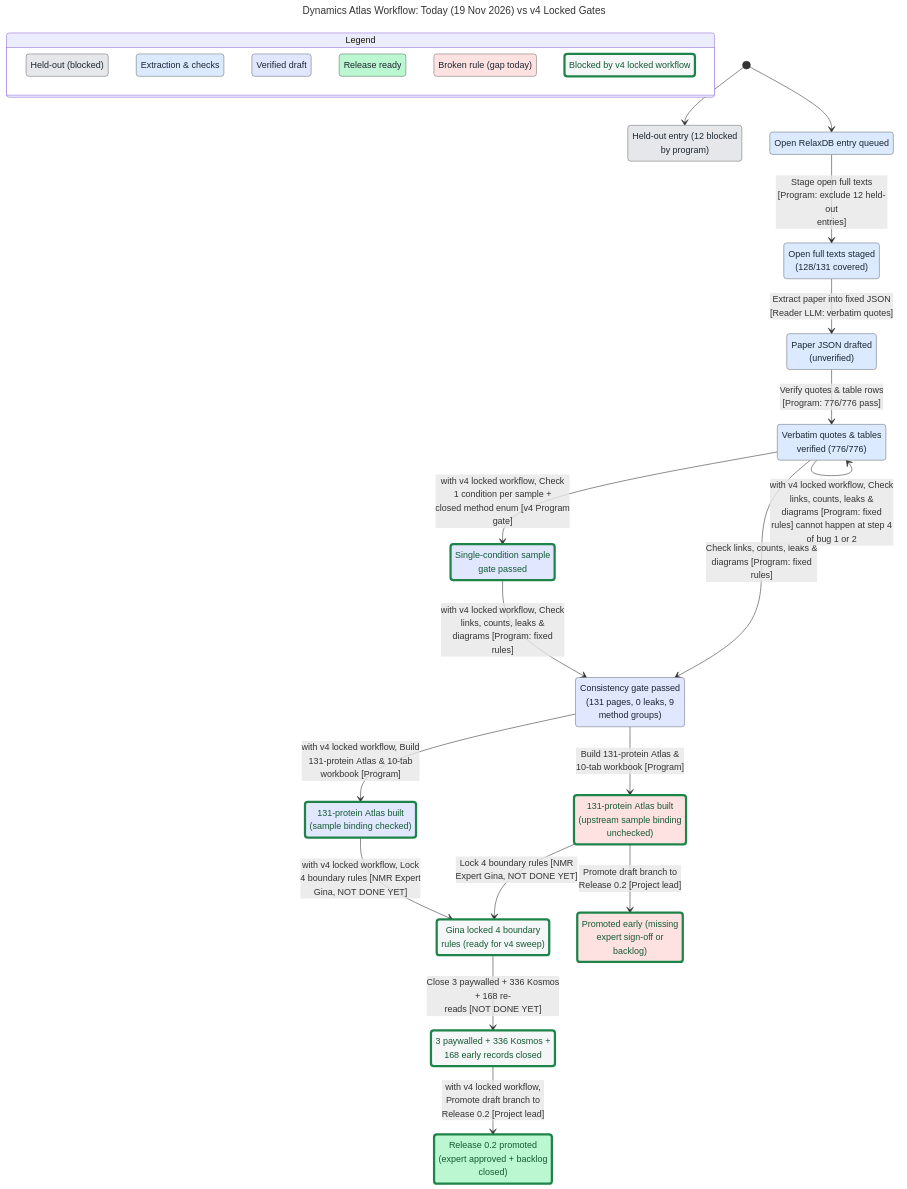
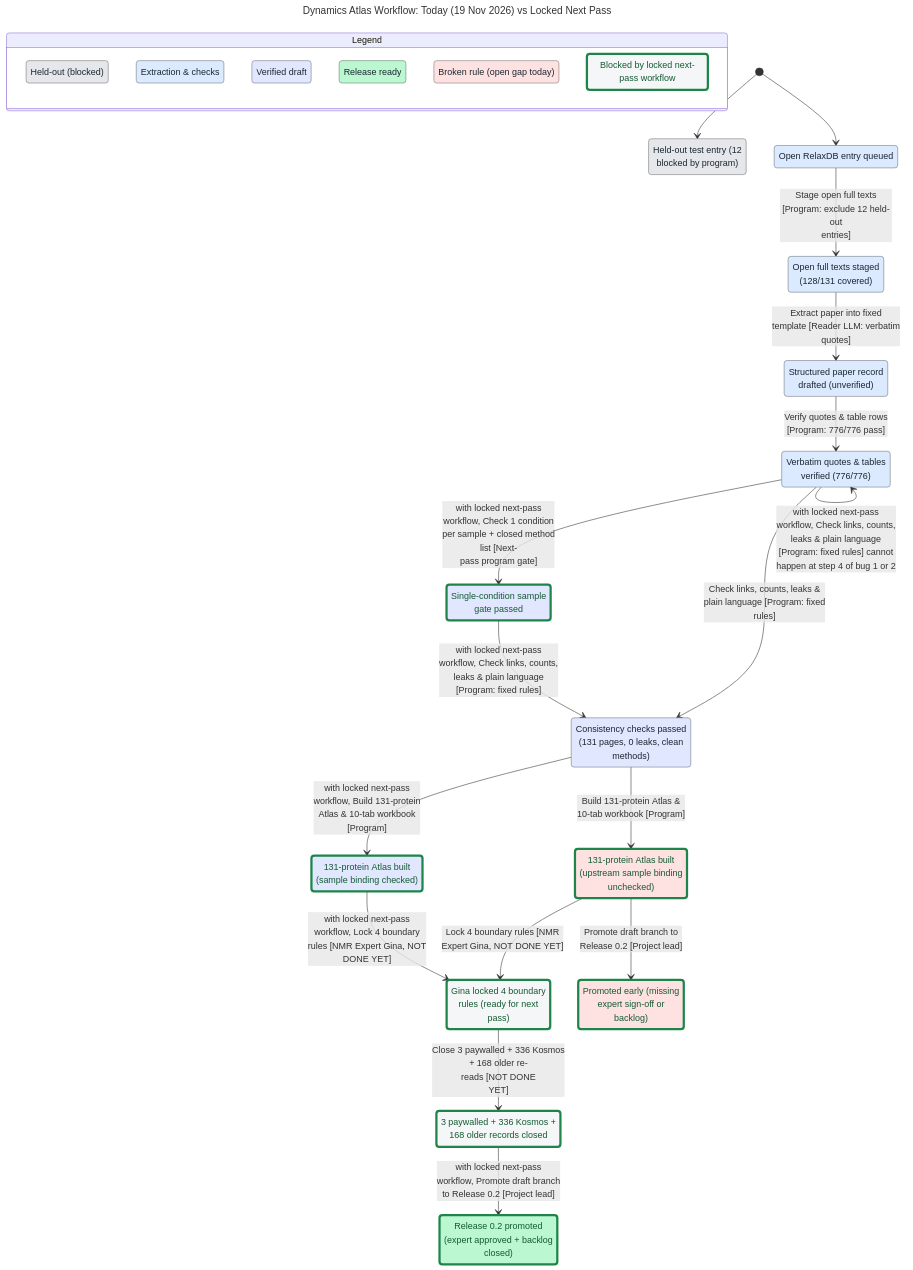
One commit to alex051107/dynamics-atlas-relaxdb changed the diagram in methods/statechart/chart.mmd. Above: the diagram before and after it, drawn with Mermaid. The commit also changed 16 other files, not shown here.

```diff
--- a/methods/statechart/chart.mmd
+++ b/methods/statechart/chart.mmd
@@ -1,74 +1,74 @@
 ---
-title: "Dynamics Atlas Workflow: Today (19 Nov 2026) vs v4 Locked Gates"
+title: "Dynamics Atlas Workflow: Today (19 Nov 2026) vs Locked Next Pass"
 config:
   markdownAutoWrap: false
   state:
     useMaxWidth: false
 ---
 stateDiagram-v2
-  %% second model (fix): v4 locked workflow
+  %% second model (fix): locked next-pass workflow
   classDef plainFixed fill:#f4f6f7,stroke:#1e8449,stroke-width:4px,color:#145a32
   classDef group0 fill:#e5e7eb,stroke:#737476,color:#1b2631
   classDef group1 fill:#dbeafe,stroke:#6e757f,color:#1b2631
   classDef group2 fill:#e0e7ff,stroke:#707480,color:#1b2631
   classDef group2Fixed fill:#e0e7ff,stroke:#1e8449,stroke-width:4px,color:#145a32
   classDef group4 fill:#bbf7d0,stroke:#5e7c68,color:#1b2631
   classDef group4Fixed fill:#bbf7d0,stroke:#1e8449,stroke-width:4px,color:#145a32
   classDef group5 fill:#fee2e2,stroke:#7f7171,color:#1b2631
   classDef group5Fixed fill:#fee2e2,stroke:#1e8449,stroke-width:4px,color:#145a32
   state "Legend" as legend {
     state "Held-out (blocked)" as legendGroup0
     state "Extraction & checks" as legendGroup1
     state "Verified draft" as legendGroup2
     state "Release ready" as legendGroup4
-    state "Broken rule (gap today)" as legendGroup5
-    state "Blocked by v4 locked workflow" as legendFixed
+    state "Broken rule (open gap today)" as legendGroup5
+    state "Blocked by locked next-pass workflow" as legendFixed
   }
   class legendGroup0 group0
   class legendGroup1 group1
   class legendGroup2 group2
   class legendGroup4 group4
   class legendGroup5 group5
   class legendFixed plainFixed
   state "131-protein Atlas built<br/>(sample binding checked)" as s0
   state "131-protein Atlas built<br/>(upstream sample binding<br/>unchecked)" as s1
-  state "3 paywalled + 336 Kosmos +<br/>168 early records closed" as s2
-  state "Consistency gate passed<br/>(131 pages, 0 leaks, 9<br/>method groups)" as s3
-  state "Gina locked 4 boundary<br/>rules (ready for v4 sweep)" as s4
-  state "Held-out entry (12 blocked<br/>by program)" as s5
+  state "3 paywalled + 336 Kosmos +<br/>168 older records closed" as s2
+  state "Consistency checks passed<br/>(131 pages, 0 leaks, clean<br/>methods)" as s3
+  state "Gina locked 4 boundary<br/>rules (ready for next<br/>pass)" as s4
+  state "Held-out test entry (12<br/>blocked by program)" as s5
   state "Open RelaxDB entry queued" as s6
   state "Open full texts staged<br/>(128/131 covered)" as s7
-  state "Paper JSON drafted<br/>(unverified)" as s8
-  state "Promoted early (missing<br/>expert sign-off or<br/>backlog)" as s9
-  state "Release 0.2 promoted<br/>(expert approved + backlog<br/>closed)" as s10
-  state "Single-condition sample<br/>gate passed" as s11
+  state "Promoted early (missing<br/>expert sign-off or<br/>backlog)" as s8
+  state "Release 0.2 promoted<br/>(expert approved + backlog<br/>closed)" as s9
+  state "Single-condition sample<br/>gate passed" as s10
+  state "Structured paper record<br/>drafted (unverified)" as s11
   state "Verbatim quotes & tables<br/>verified (776/776)" as s12
   [*] --> s5
   [*] --> s6
   s6 --> s7 : Stage open full texts<br/>[Program: exclude 12 held-out<br/>entries]
-  s7 --> s8 : Extract paper into fixed JSON<br/>[Reader LLM: verbatim quotes]
-  s8 --> s12 : Verify quotes & table rows<br/>[Program: 776/776 pass]
-  s12 --> s3 : Check links, counts, leaks &<br/>diagrams [Program: fixed<br/>rules]
+  s7 --> s11 : Extract paper into fixed<br/>template [Reader LLM: verbatim<br/>quotes]
+  s11 --> s12 : Verify quotes & table rows<br/>[Program: 776/776 pass]
+  s12 --> s3 : Check links, counts, leaks &<br/>plain language [Program: fixed<br/>rules]
   s3 --> s1 : Build 131-protein Atlas &<br/>10-tab workbook [Program]
   s1 --> s4 : Lock 4 boundary rules [NMR<br/>Expert Gina, NOT DONE YET]
-  s1 --> s9 : Promote draft branch to<br/>Release 0.2 [Project lead]
-  s4 --> s2 : Close 3 paywalled + 336 Kosmos<br/>+ 168 re-reads [NOT DONE YET]
-  s12 --> s11 : with v4 locked workflow, Check<br/>1 condition per sample +<br/>closed method enum [v4 Program<br/>gate]
-  s11 --> s3 : with v4 locked workflow, Check<br/>links, counts, leaks &<br/>diagrams [Program: fixed<br/>rules]
-  s3 --> s0 : with v4 locked workflow, Build<br/>131-protein Atlas & 10-tab<br/>workbook [Program]
-  s0 --> s4 : with v4 locked workflow, Lock<br/>4 boundary rules [NMR Expert<br/>Gina, NOT DONE YET]
-  s2 --> s10 : with v4 locked workflow,<br/>Promote draft branch to<br/>Release 0.2 [Project lead]
-  s12 --> s12 : with v4 locked workflow, Check<br/>links, counts, leaks &<br/>diagrams [Program: fixed<br/>rules] cannot happen at step 4<br/>of bug 1 or 2
+  s1 --> s8 : Promote draft branch to<br/>Release 0.2 [Project lead]
+  s4 --> s2 : Close 3 paywalled + 336 Kosmos<br/>+ 168 older re-reads [NOT DONE<br/>YET]
+  s12 --> s10 : with locked next-pass<br/>workflow, Check 1 condition<br/>per sample + closed method<br/>list [Next-pass program gate]
+  s10 --> s3 : with locked next-pass<br/>workflow, Check links, counts,<br/>leaks & plain language<br/>[Program: fixed rules]
+  s3 --> s0 : with locked next-pass<br/>workflow, Build 131-protein<br/>Atlas & 10-tab workbook<br/>[Program]
+  s0 --> s4 : with locked next-pass<br/>workflow, Lock 4 boundary<br/>rules [NMR Expert Gina, NOT<br/>DONE YET]
+  s2 --> s9 : with locked next-pass<br/>workflow, Promote draft branch<br/>to Release 0.2 [Project lead]
+  s12 --> s12 : with locked next-pass<br/>workflow, Check links, counts,<br/>leaks & plain language<br/>[Program: fixed rules] cannot<br/>happen at step 4 of bug 1 or 2
   class s0 group2Fixed
   class s1 group5Fixed
   class s2 plainFixed
   class s3 group2
   class s4 plainFixed
   class s5 group0
   class s6 group1
   class s7 group1
-  class s8 group1
-  class s9 group5Fixed
-  class s10 group4Fixed
-  class s11 group2Fixed
+  class s8 group5Fixed
+  class s9 group4Fixed
+  class s10 group2Fixed
+  class s11 group1
   class s12 group1
```
